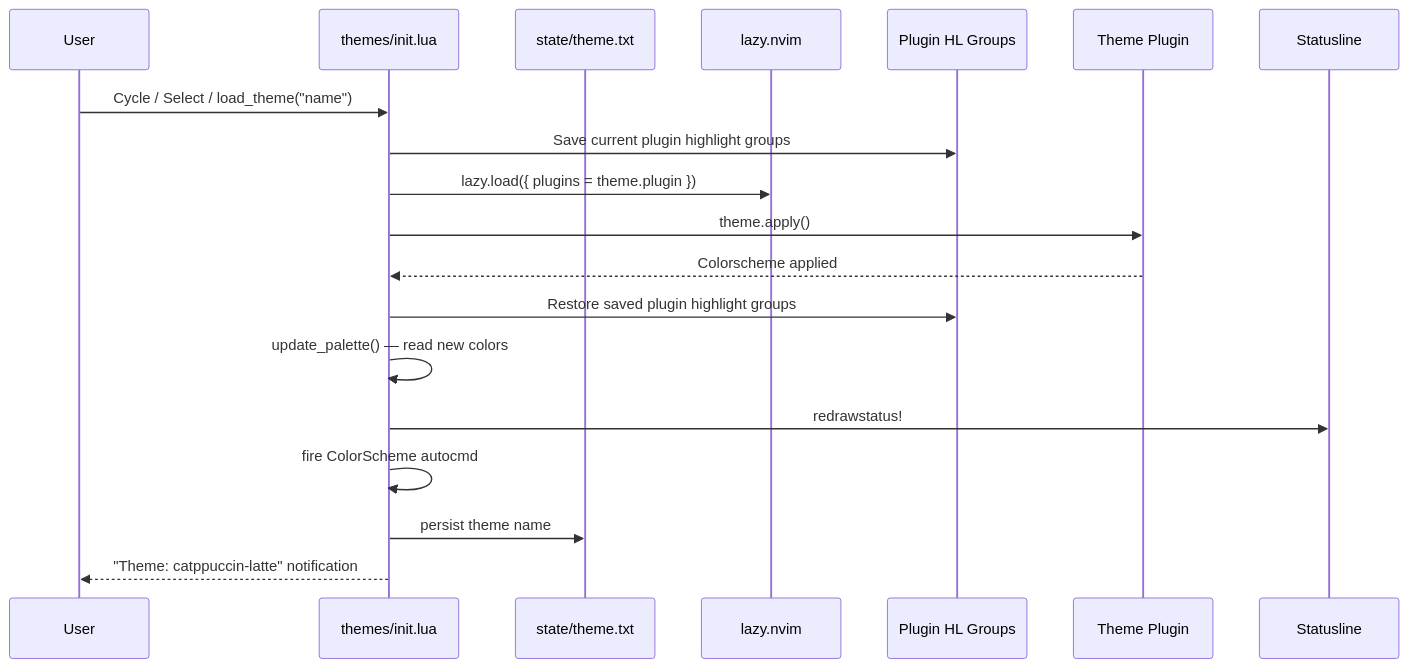
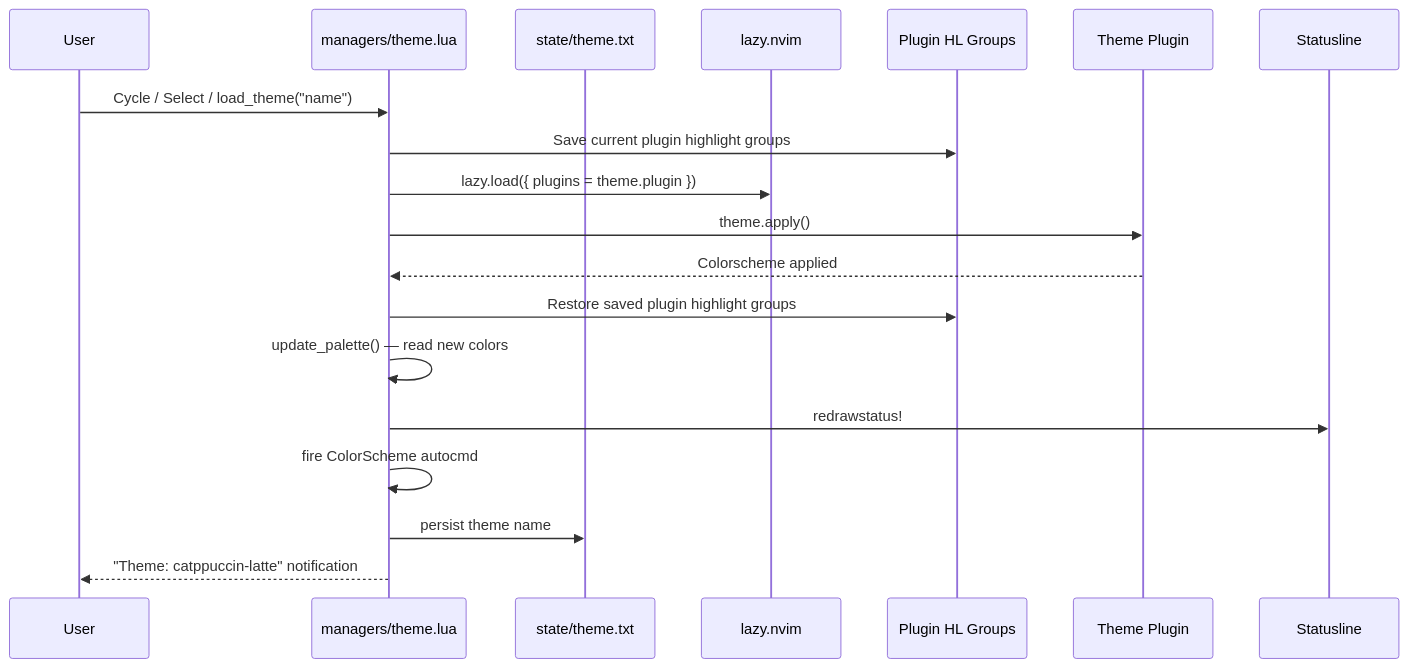
The diagram in docs/themes/switching-themes.md (krishna-thedeveloper/IDE-runtime-framework), drawn with Mermaid before and after one commit. The commit also changed other lines of this file and 11 other files, not shown here.

````diff
--- a/docs/themes/switching-themes.md
+++ b/docs/themes/switching-themes.md
@@ -28,22 +28,22 @@
 ```mermaid
 sequenceDiagram
     participant U as User
-    participant M as themes/init.lua
+    participant M as managers/theme.lua
     participant S as state/theme.txt
     participant L as lazy.nvim
     participant P as Plugin HL Groups
     participant T as Theme Plugin
     participant ST as Statusline
 
     U->>M: Cycle / Select / load_theme("name")
     M->>P: Save current plugin highlight groups
     M->>L: lazy.load({ plugins = theme.plugin })
     M->>T: theme.apply()
     T-->>M: Colorscheme applied
     M->>P: Restore saved plugin highlight groups
     M->>M: update_palette() — read new colors
     M->>ST: redrawstatus!
     M->>M: fire ColorScheme autocmd
     M->>S: persist theme name
     M-->>U: "Theme: catppuccin-latte" notification
 ```
````
